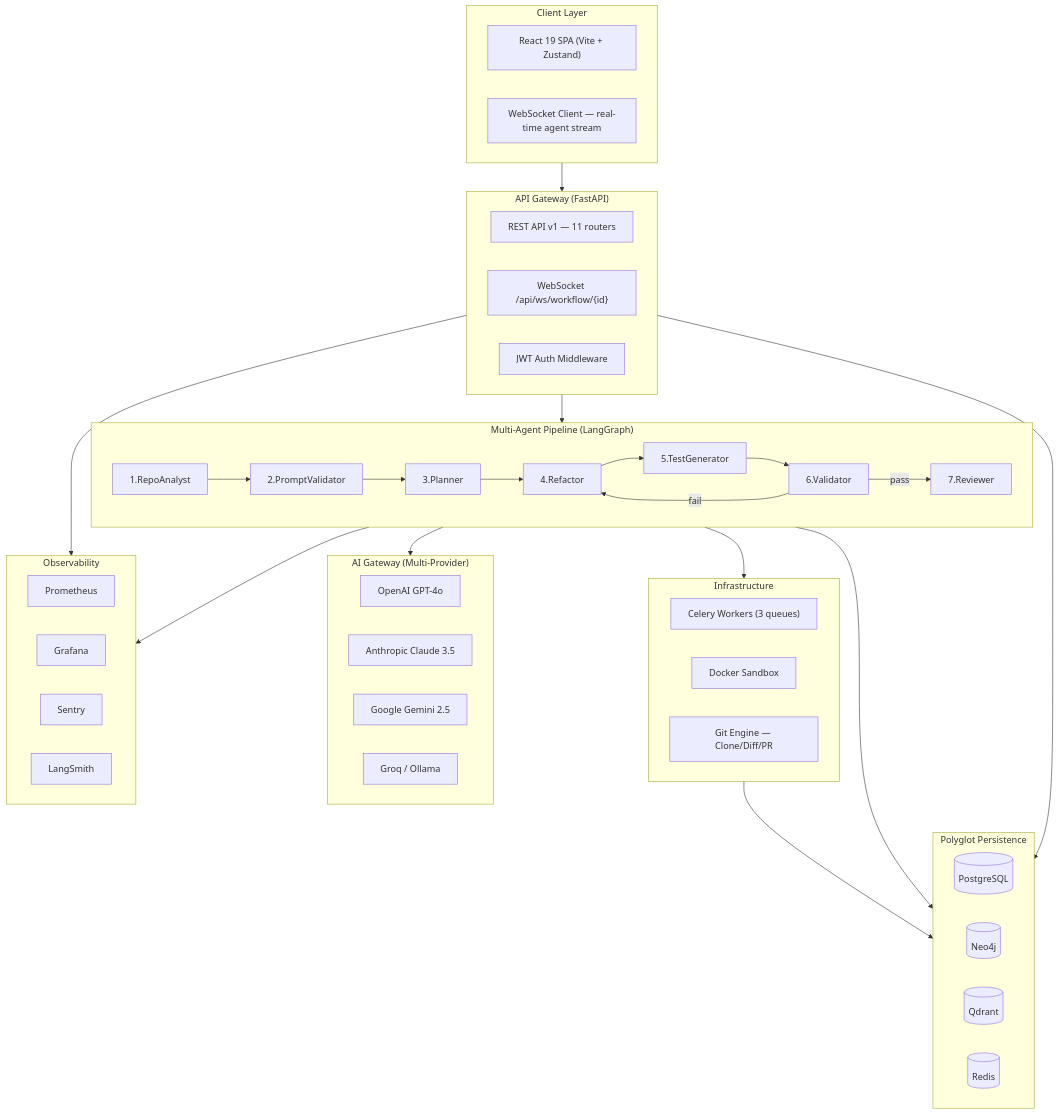
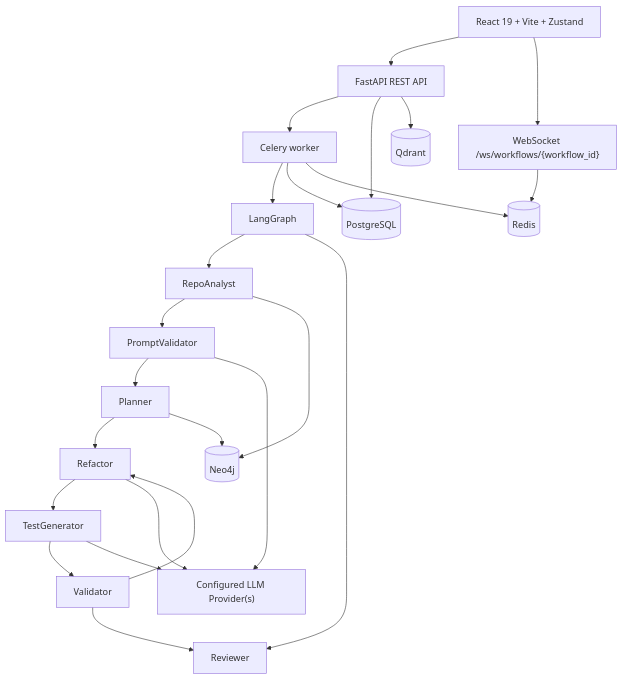
Before and after one commit to sheetanshumohan/Code-Migration-AI: the first of 2 diagrams in README.md, drawn with Mermaid. The commit also changed other lines of this file, not shown here.

````diff
--- a/README.md
+++ b/README.md
@@ -72,61 +51,43 @@
 ```mermaid
 flowchart TB
-    subgraph CLIENT["Client Layer"]
-        UI["React 19 SPA (Vite + Zustand)"]
-        WSC["WebSocket Client — real-time agent stream"]
-    end
+    B["React 19 + Vite + Zustand"]
+    API["FastAPI REST API"]
+    WS["WebSocket /ws/workflows/{workflow_id}"]
+    C["Celery worker"]
+    LG["LangGraph"]
 
-    subgraph GW["API Gateway (FastAPI)"]
-        REST["REST API v1 — 11 routers"]
-        WSS["WebSocket /api/ws/workflow/{id}"]
-        AUTH["JWT Auth Middleware"]
-    end
+    RA["RepoAnalyst"]
+    PV["PromptValidator"]
+    PL["Planner"]
+    RF["Refactor"]
+    TG["TestGenerator"]
+    VL["Validator"]
+    RV["Reviewer"]
 
-    subgraph AGENTS["Multi-Agent Pipeline (LangGraph)"]
-        direction LR
-        RA["1.RepoAnalyst"] --> PV["2.PromptValidator"]
-        PV --> PL["3.Planner"]
-        PL --> RF["4.Refactor"]
-        RF --> TG["5.TestGenerator"]
-        TG --> VL["6.Validator"]
-        VL -->|pass| RV["7.Reviewer"]
-        VL -->|fail| RF
-    end
+    PG[("PostgreSQL")]
+    NEO[("Neo4j")]
+    QD[("Qdrant")]
+    REDIS[("Redis")]
+    LLM["Configured LLM Provider(s)"]
 
-    subgraph INFRA["Infrastructure"]
-        CEL["Celery Workers (3 queues)"]
-        SBX["Docker Sandbox"]
-        GIT["Git Engine — Clone/Diff/PR"]
-    end
+    B --> API
+    B --> WS
+    API --> C
+    C --> LG
+    LG --> RA --> PV --> PL --> RF --> TG --> VL
+    VL --> RF
+    VL --> RV
+    LG --> RV
 
-    subgraph AI["AI Gateway (Multi-Provider)"]
-        OAI["OpenAI GPT-4o"]
-        ANT["Anthropic Claude 3.5"]
-        GEM["Google Gemini 2.5"]
-        GRQ["Groq / Ollama"]
-    end
+    RA --> NEO
+    PL --> NEO
+    RF --> LLM
+    TG --> LLM
+    PV --> LLM
 
-    subgraph DB["Polyglot Persistence"]
-        PG[("PostgreSQL")]
-        NEO[("Neo4j")]
-        QD[("Qdrant")]
-        RD[("Redis")]
-    end
-
-    subgraph OBS["Observability"]
-        PROM["Prometheus"]
-        GRAF["Grafana"]
-        SEN["Sentry"]
-        LS["LangSmith"]
-    end
-
-    CLIENT --> GW
-    GW --> AGENTS
-    GW --> DB
-    AGENTS --> AI
-    AGENTS --> INFRA
-    AGENTS --> DB
-    INFRA --> DB
-    AGENTS --> OBS
-    GW --> OBS
+    API --> PG
+    C --> PG
+    C --> REDIS
+    WS --> REDIS
+    API --> QD
 ```
````
